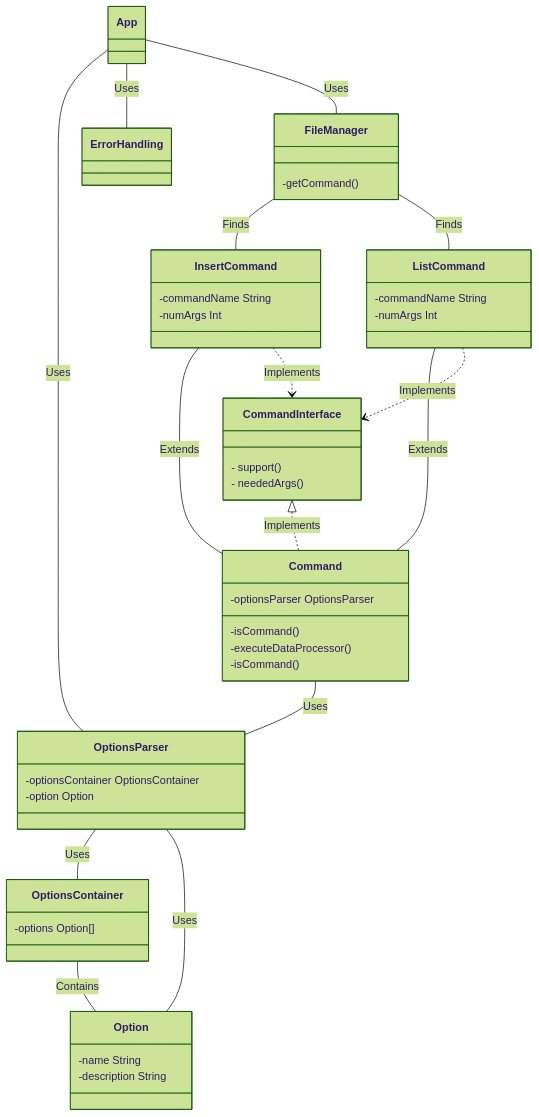
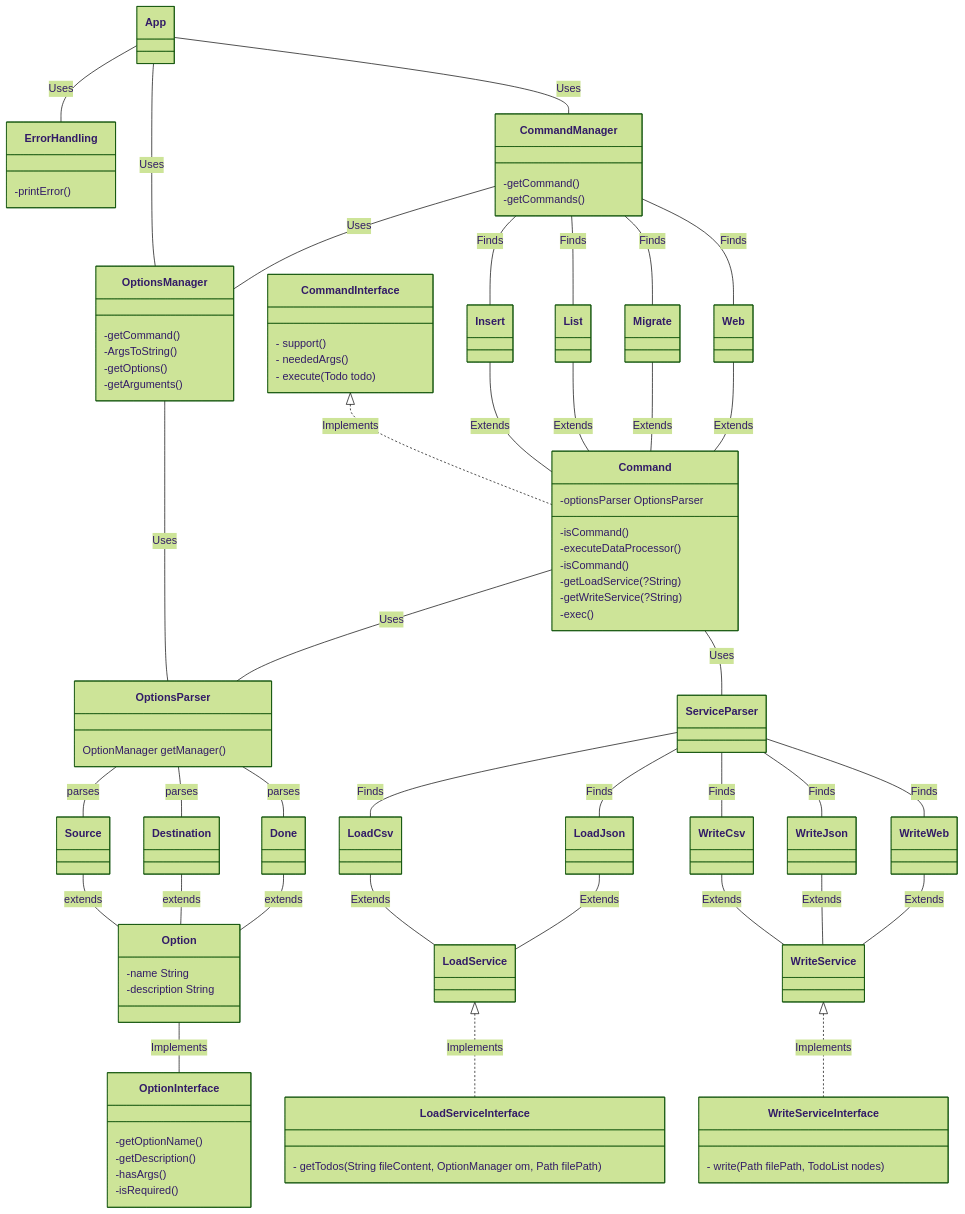
Before and after one commit to sachadvr/design-pattern: the diagram in docs/report.md, drawn with Mermaid (forest theme). The commit also changed other lines of this file and 4 other files, not shown here.

````diff
--- a/docs/report.md
+++ b/docs/report.md
@@ -38,33 +38,64 @@
 ```mermaid
 classDiagram
-    App -- OptionsParser : Uses
+    App -- OptionsManager : Uses
     App -- ErrorHandling : Uses
-    App -- FileManager : Uses
-    FileManager -- InsertCommand : Finds
-    FileManager -- ListCommand : Finds
-    FileManager: -getCommand()
-    OptionsParser -- OptionsContainer : Uses
-    OptionsParser -- Option : Uses
-    OptionsParser : -optionsContainer OptionsContainer
-    OptionsParser : -option Option
+    App -- CommandManager : Uses
+    CommandManager -- OptionsManager : Uses
+    CommandManager -- Insert : Finds
+    CommandManager: -getCommand()
+    CommandManager: -getCommands()
+    CommandManager -- List : Finds
+    CommandManager -- Migrate : Finds
+    CommandManager -- Web : Finds
+    OptionsManager: -getCommand()
+    OptionsManager: -ArgsToString()
+    OptionsManager: -getOptions()
+    OptionsManager: -getArguments()
+    OptionsManager -- OptionsParser : Uses
+    OptionsParser -- Destination : parses
+    OptionsParser -- Done : parses
+    OptionsParser -- Source : parses
+    Source -- Option : extends
+    Destination -- Option : extends
+    Done -- Option : extends
+    Option -- OptionInterface : Implements
+    OptionsParser : OptionManager getManager()
     CommandInterface <|.. Command : Implements
     CommandInterface :- support()
     CommandInterface :- neededArgs()
+    CommandInterface :- execute(Todo todo)
     Command -- OptionsParser : Uses
     Command : -optionsParser OptionsParser
     Command : -isCommand()
     Command : -executeDataProcessor()
     Command : -isCommand()
-    InsertCommand -- Command : Extends
-    InsertCommand : -commandName String
-    InsertCommand : -numArgs Int
-    ListCommand -- Command : Extends
-    ListCommand : -commandName String
-    ListCommand : -numArgs Int
-    ListCommand ..> CommandInterface : Implements
-    InsertCommand ..> CommandInterface : Implements
-    OptionsContainer -- Option : Contains
-    OptionsContainer : -options Option[]
+    Command : -getLoadService(?String)
+    Command : -getWriteService(?String)
+    Command : -exec()
+    Insert -- Command : Extends
+    ErrorHandling : -printError()
+    List -- Command : Extends
+    Migrate -- Command : Extends
+    Web -- Command : Extends
+    Command -- ServiceParser : Uses
+    ServiceParser -- LoadCsv : Finds
+    ServiceParser -- LoadJson : Finds
+    ServiceParser -- WriteCsv : Finds
+    ServiceParser -- WriteJson : Finds
+    ServiceParser -- WriteWeb : Finds
+    LoadCsv -- LoadService : Extends
+    LoadJson -- LoadService : Extends
+    WriteCsv -- WriteService : Extends
+    WriteJson -- WriteService : Extends
+    WriteWeb -- WriteService : Extends
+    LoadService <|.. LoadServiceInterface : Implements
+    LoadServiceInterface :- getTodos(String fileContent, OptionManager om, Path filePath)
+    WriteService <|.. WriteServiceInterface : Implements
+    WriteServiceInterface :- write(Path filePath, TodoList nodes)
+    OptionInterface : -getOptionName() 
+    OptionInterface : -getDescription() 
+    OptionInterface : -hasArgs() 
+    OptionInterface : -isRequired()
     Option : -name String
     Option : -description String
 ```
````
